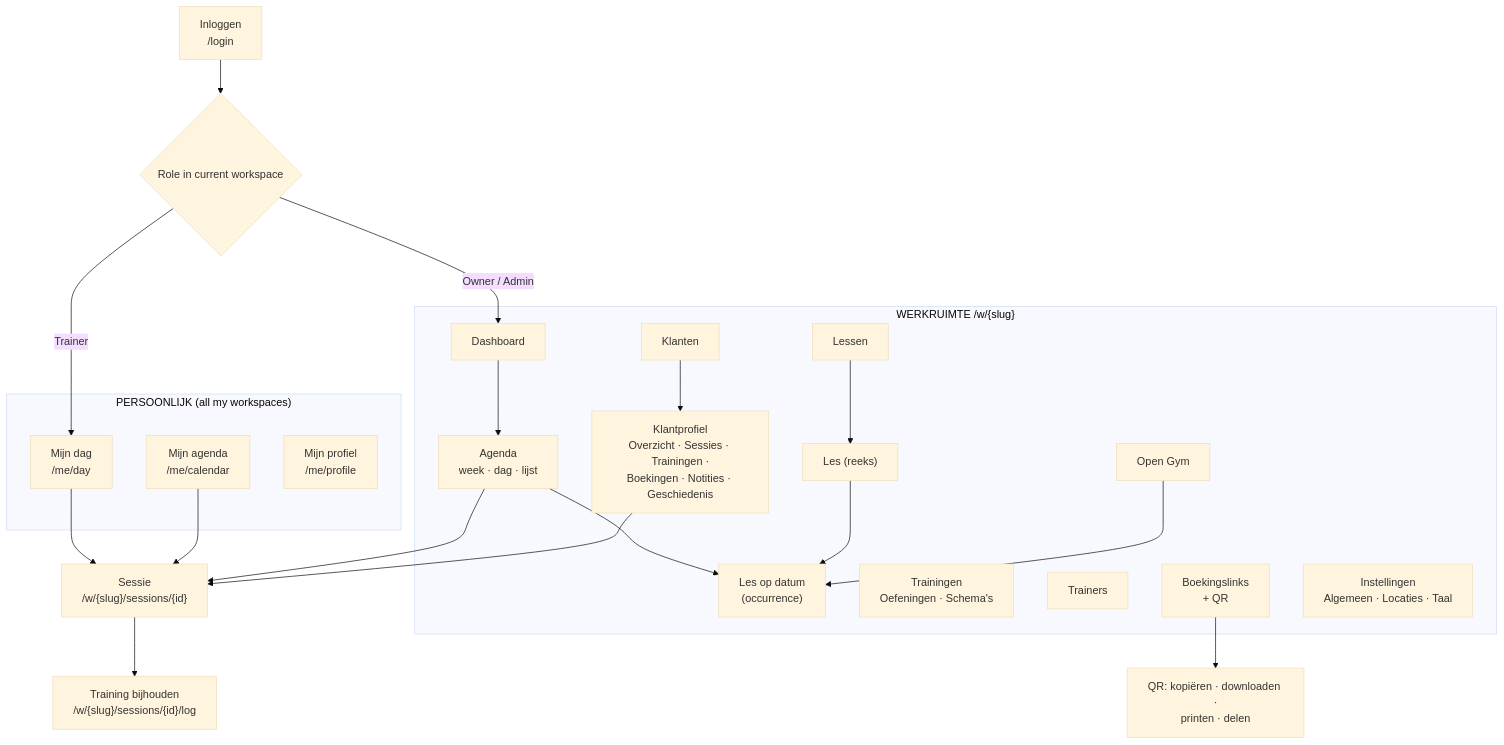
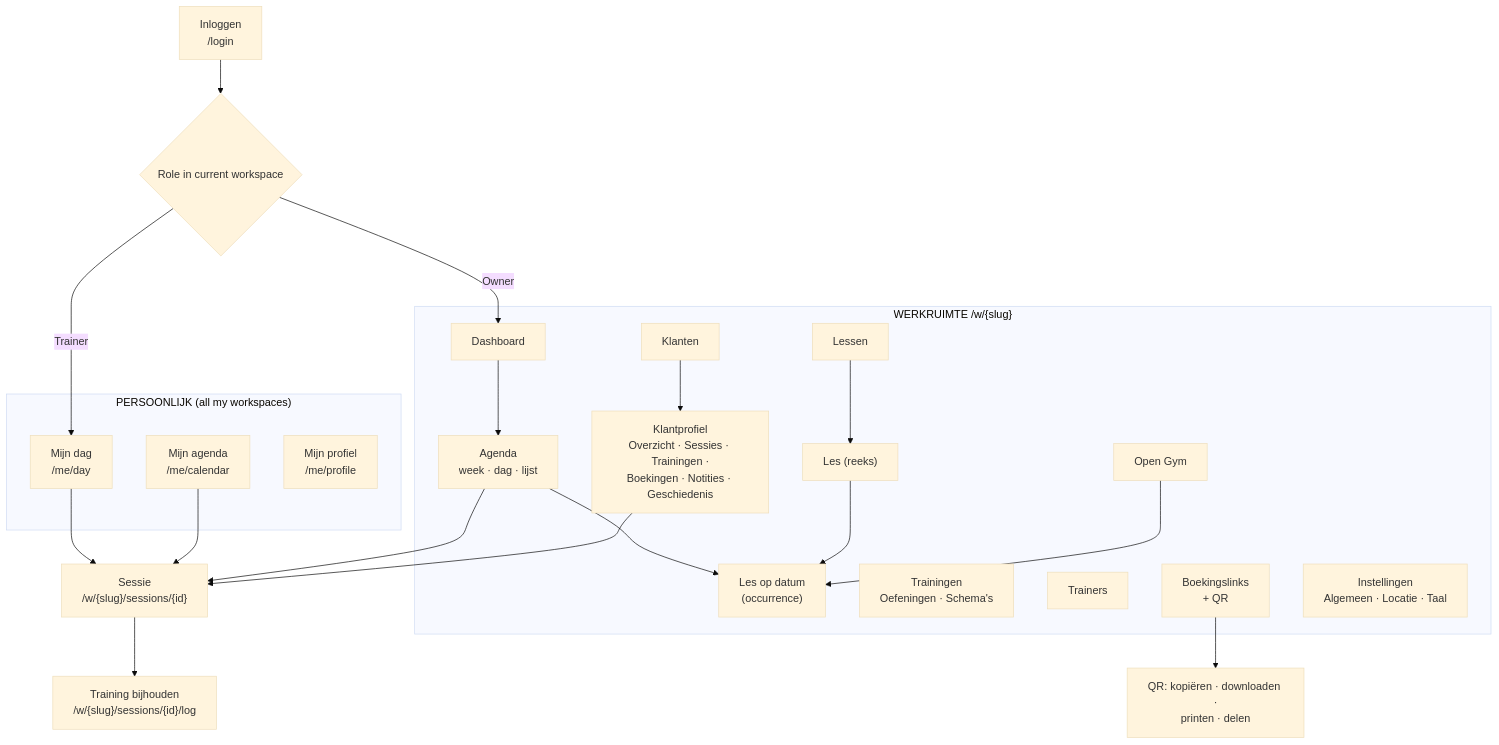
The second of 5 diagrams in docs/design/information-architecture.md (fivvi-app/fivvi), drawn with Mermaid (base theme) before and after one commit. The commit also changed other lines of this file and 23 other files, not shown here.

First line of the commit message:
docs: owner review: no parallel run, one location, no Admin role

````diff
--- a/docs/design/information-architecture.md
+++ b/docs/design/information-architecture.md
@@ -160,41 +158,41 @@
 ```mermaid
 flowchart TB
   login["Inloggen<br/>/login"] --> home{"Role in current workspace"}
-  home -- "Owner / Admin" --> dash
+  home -- "Owner" --> dash
   home -- "Trainer" --> myday
 
   subgraph personal["PERSOONLIJK (all my workspaces)"]
     myday["Mijn dag<br/>/me/day"]
     mycal["Mijn agenda<br/>/me/calendar"]
     profile["Mijn profiel<br/>/me/profile"]
   end
 
   subgraph ws["WERKRUIMTE /w/{slug}"]
     dash["Dashboard"]
     cal["Agenda<br/>week · dag · lijst"]
     clients["Klanten"]
     client["Klantprofiel<br/>Overzicht · Sessies · Trainingen ·<br/>Boekingen · Notities · Geschiedenis"]
     classes["Lessen"]
     series["Les (reeks)"]
     occ["Les op datum<br/>(occurrence)"]
     og["Open Gym"]
     workouts["Trainingen<br/>Oefeningen · Schema's"]
     trainers["Trainers"]
     links["Boekingslinks<br/>+ QR"]
-    settings["Instellingen<br/>Algemeen · Locaties · Taal"]
+    settings["Instellingen<br/>Algemeen · Locatie · Taal"]
   end
 
   session["Sessie<br/>/w/{slug}/sessions/{id}"]
   logger["Training bijhouden<br/>/w/{slug}/sessions/{id}/log"]
 
   dash --> cal
   cal --> session
   cal --> occ
   myday --> session
   mycal --> session
   clients --> client --> session
   classes --> series --> occ
   og --> occ
   session --> logger
   links --> qr["QR: kopiëren · downloaden ·<br/>printen · delen"]
 ```
````
